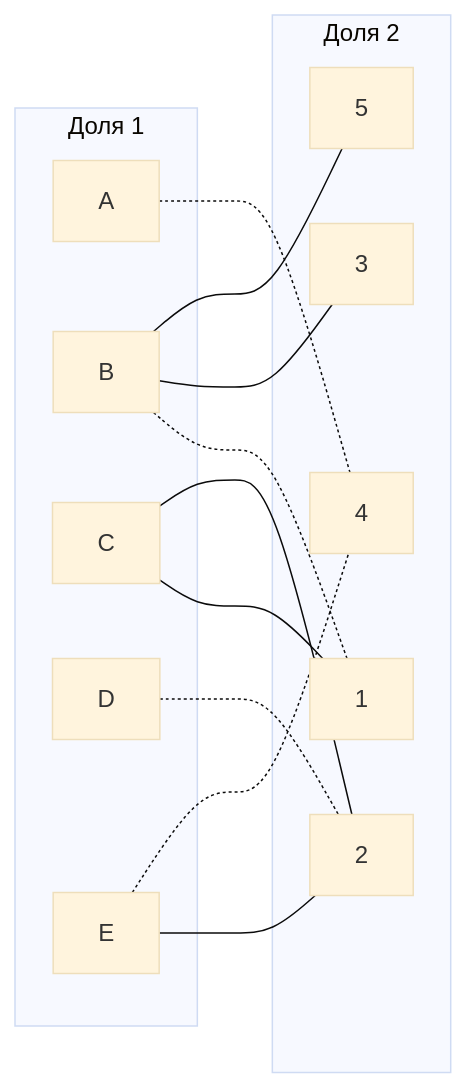
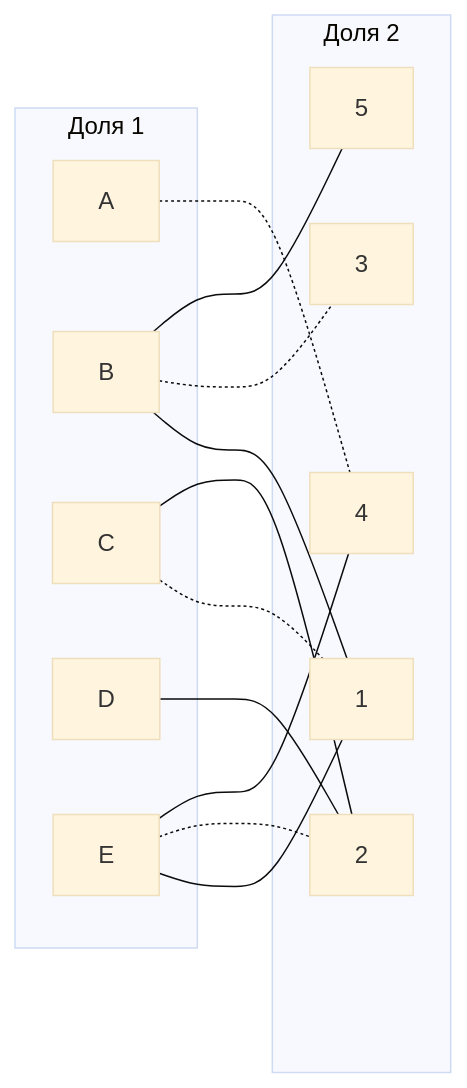
One commit to hse-algo-24-raven/manual-tasks-raven changed the ninth of 10 diagrams in task-8/kotyata.md. Above: the diagram before and after it, drawn with Mermaid (base theme). The commit also changed other lines of this file, not shown here.

````diff
--- a/task-8/kotyata.md
+++ b/task-8/kotyata.md
@@ -232,26 +238,27 @@
 ```mermaid
 graph LR
     subgraph "Доля 1"
         A[A]
         B[B]
         C[C]
         D[D]
         E[E]
     end
     subgraph "Доля 2"
         1[1]
         2[2]
         3[3]
         4[4]
         5[5]
     end
     A -.- 4
-    B -.- 1
-    B --- 3
+    B --- 1
+    B -.- 3
     B --- 5
-    C --- 1
+    C -.- 1
     C --- 2
-    D -.- 2
-    E --- 2
-    E -.- 4
+    D --- 2
+    E --- 1
+    E -.- 2
+    E --- 4
 ```
````
